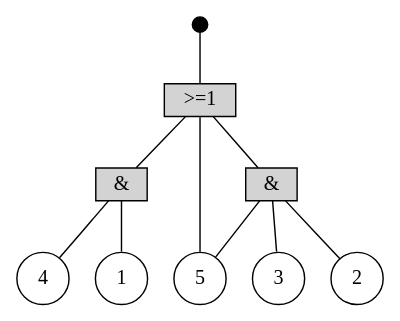
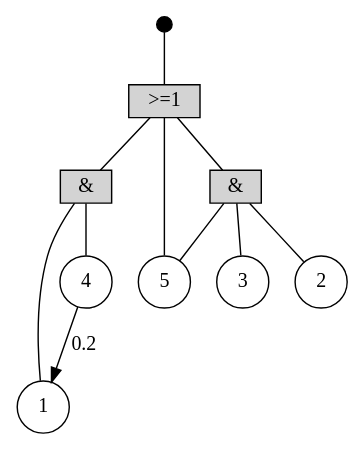
The diagram in FaultTreeAnalysis.GUI/bin/Debug/examples/1341861976041_NO_SEED-ft.dot (becelot/FaultTreeAnalysis), drawn with Graphviz before and after one commit.

Commit message:
Converted example to use Markov chain for testing

```diff
--- a/FaultTreeAnalysis.GUI/bin/Debug/examples/1341861976041_NO_SEED-ft.dot
+++ b/FaultTreeAnalysis.GUI/bin/Debug/examples/1341861976041_NO_SEED-ft.dot
@@ -1,11 +1,12 @@
 digraph G {
 0 [shape=point, style=filled, width=0.15, label="TOP"]; 0 -> 8 [style=filled, dir=none];8 [shape=box, style=filled, height=0.25, width=0.5, label=">=1"];8 -> 7 [style=filled, dir=none];8 -> 6 [style=filled, dir=none];8 -> 1 [style=filled, dir=none];
 1 [shape=circle, height=0.25, width=0.25, label="5"];
 2 [shape=circle, height=0.25, width=0.25, label="4"];
 3 [shape=circle, height=0.25, width=0.25, label="1"];
 4 [shape=circle, height=0.25, width=0.25, label="3"];
 6 [shape=box, style=filled, height=0.25, width=0.5, label="&"];6 -> 5 [style=filled, dir=none];6 -> 4 [style=filled, dir=none];6 -> 1 [style=filled, dir=none];
 7 [shape=box, style=filled, height=0.25, width=0.5, label="&"];7 -> 3 [style=filled, dir=none];7 -> 2 [style=filled, dir=none];
 5 [shape=circle, height=0.25, width=0.25, label="2"];
+2 -> 3 [style=filled, dir=forward, label="0.2"];
 
 }
```
